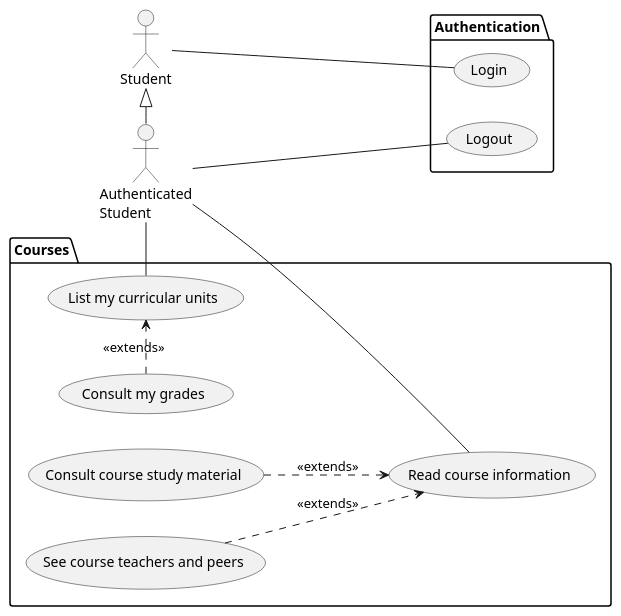
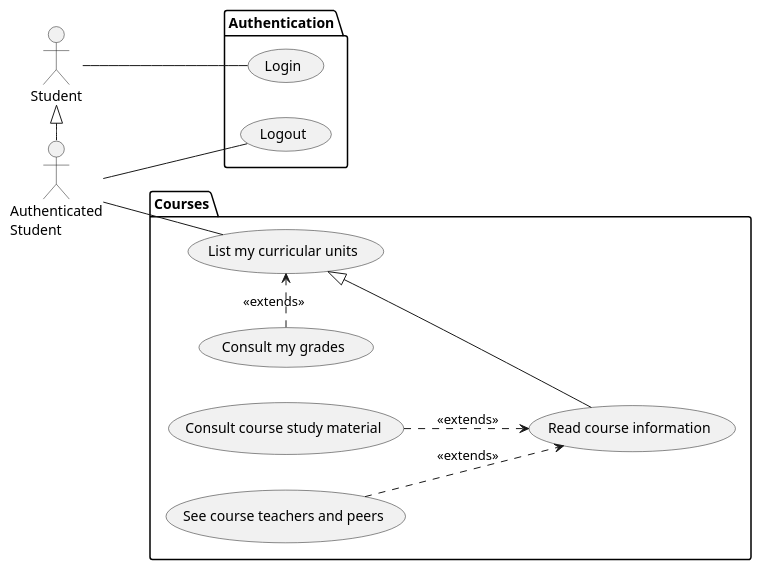
Before and after one commit to NanD0245/feup-esof: the diagram in docs/src/use_cases.puml, drawn with PlantUML.

Commit message:
Update use cases arrow

```diff
--- a/docs/src/use_cases.puml
+++ b/docs/src/use_cases.puml
@@ -1,28 +1,28 @@
 @startuml
     left to right direction
 
     actor :Student:
     actor :Authenticated\nStudent: as AuthStudent
     Student <|- AuthStudent
 
     package Authentication {
         usecase (Login) as U1
         usecase (Logout) as U2
     }
     
     package Courses {
         usecase (List my curricular units) as U3
         usecase (Consult my grades) as U4
         U4 .> U3 : <<extends>>
         usecase (Read course information) as U5
         usecase (Consult course study material) as U6
         usecase (See course teachers and peers) as U7
         U6 ..> U5 : <<extends>>
         U7 ..> U5 : <<extends>>
     }
 
     Student -- U1
     AuthStudent -- U2
-    AuthStudent - U3
-    AuthStudent - U5
+    AuthStudent -- U3
+    U3 <|-- U5
 @enduml
```
